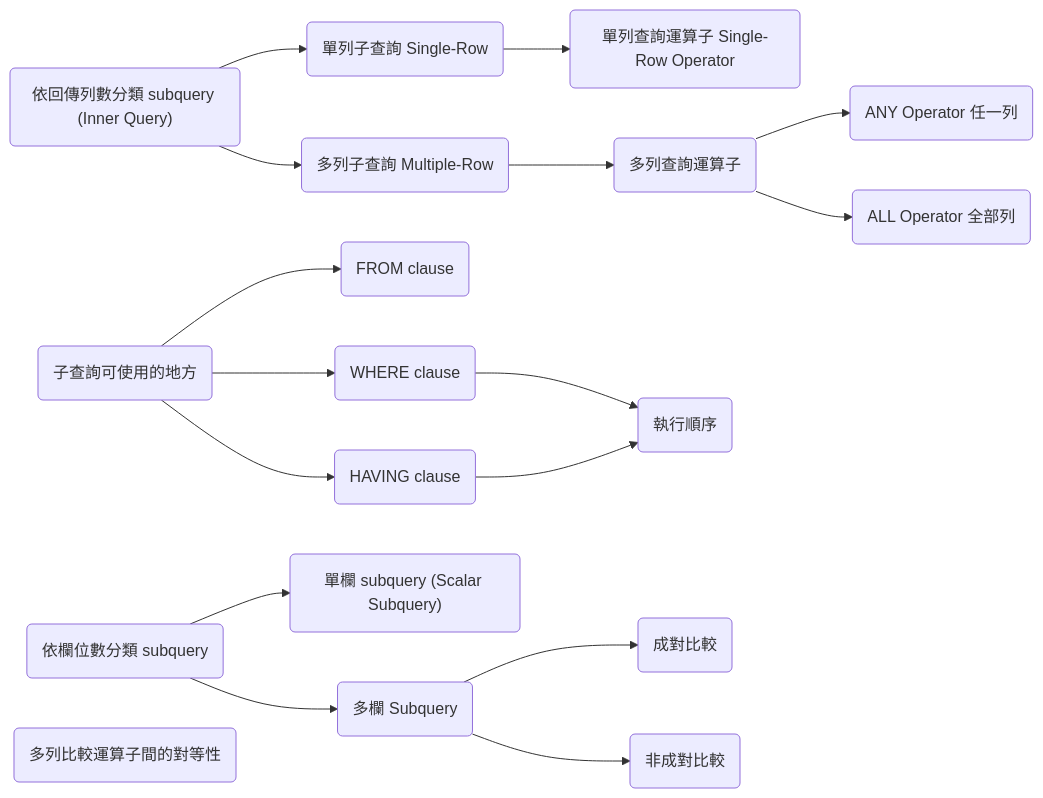
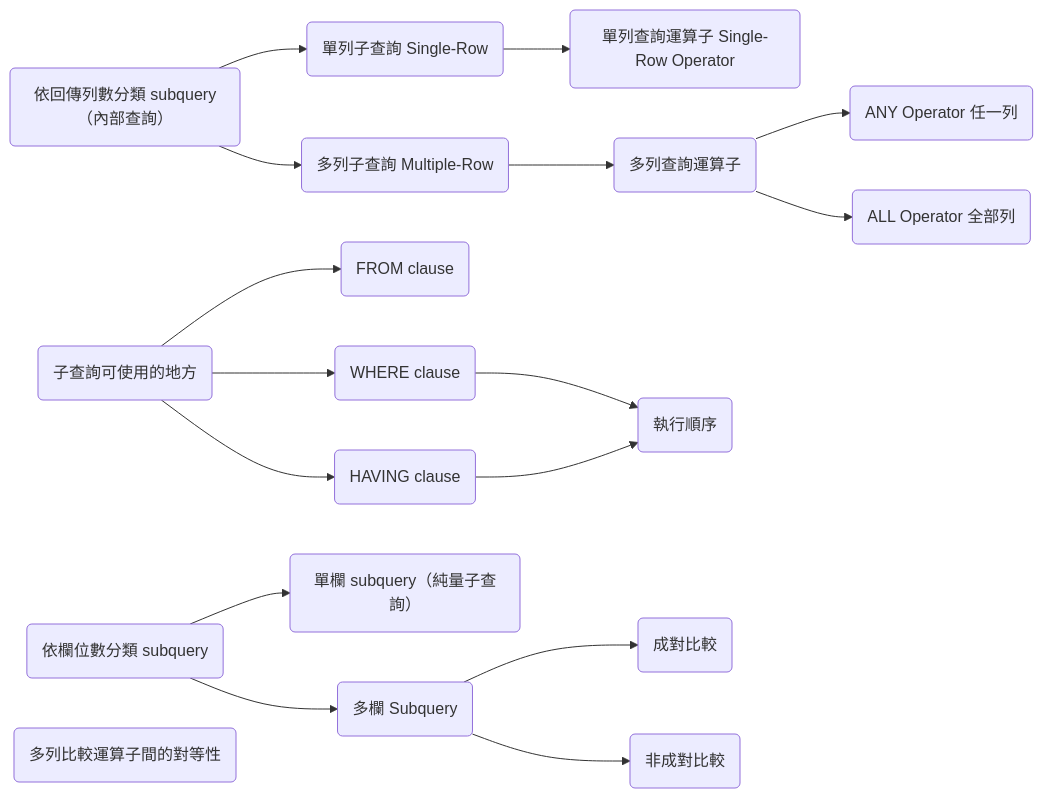
The diagram in course_practices/ws1-u08_ch.md (hychen39/oce_sql), drawn with Mermaid before and after one commit. The commit also changed other lines of this file and 18 other files, not shown here.

````diff
--- a/course_practices/ws1-u08_ch.md
+++ b/course_practices/ws1-u08_ch.md
@@ -15,23 +15,23 @@
 ```mermaid
 graph LR;
 
-SubqueryTypeByRow("依回傳列數分類 subquery (Inner Query)")-->SingleRowSubquery("單列子查詢 Single-Row")
+SubqueryTypeByRow("依回傳列數分類 subquery（內部查詢）")-->SingleRowSubquery("單列子查詢 Single-Row")
 SubqueryTypeByRow-->MultipleRowSubquery("多列子查詢 Multiple-Row")
 SingleRowSubquery-->SingleRowOperator("單列查詢運算子 Single-Row Operator")
 MultipleRowSubquery-->MultipleRowOperator("多列查詢運算子")
 MultipleRowOperator-->AnyOperator("ANY Operator 任一列")
 MultipleRowOperator-->AllOperator("ALL Operator 全部列")
 
 WhereToUse("子查詢可使用的地方")-->UsedInFromClause("FROM clause")
 WhereToUse-->UsedInWhereClause("WHERE clause")
 WhereToUse-->UsedInHavingClause("HAVING clause")
 UsedInWhereClause-->ExecuteOrder("執行順序")
 UsedInHavingClause-->ExecuteOrder
 
-SubqueryTypeByColumn("依欄位數分類 subquery")-->SingleColumnSubquery("單欄 subquery (Scalar Subquery)")
+SubqueryTypeByColumn("依欄位數分類 subquery")-->SingleColumnSubquery("單欄 subquery（純量子查詢）")
 SubqueryTypeByColumn-->MultipleColumnSubquery("多欄 Subquery")
 MultipleColumnSubquery-->PairwiseCompare("成對比較")
 MultipleColumnSubquery-->NonPairwiseCompare("非成對比較")
 
 MultipleRowOpEquivalent("多列比較運算子間的對等性")
 ```
````
